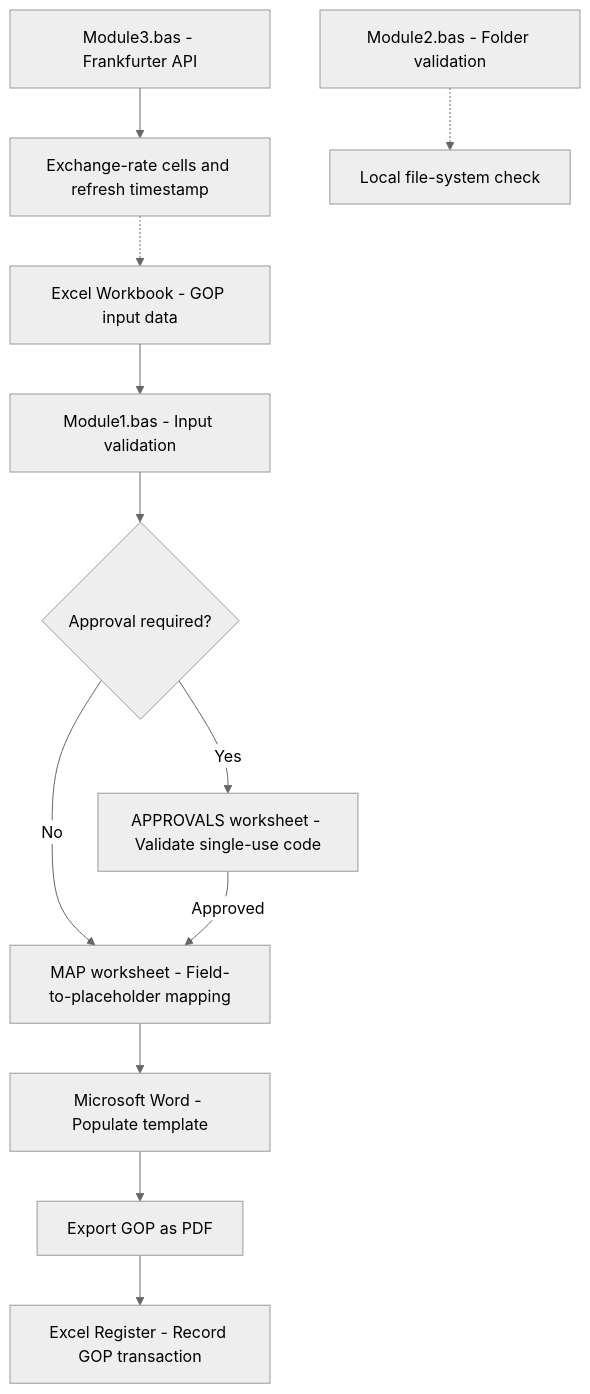
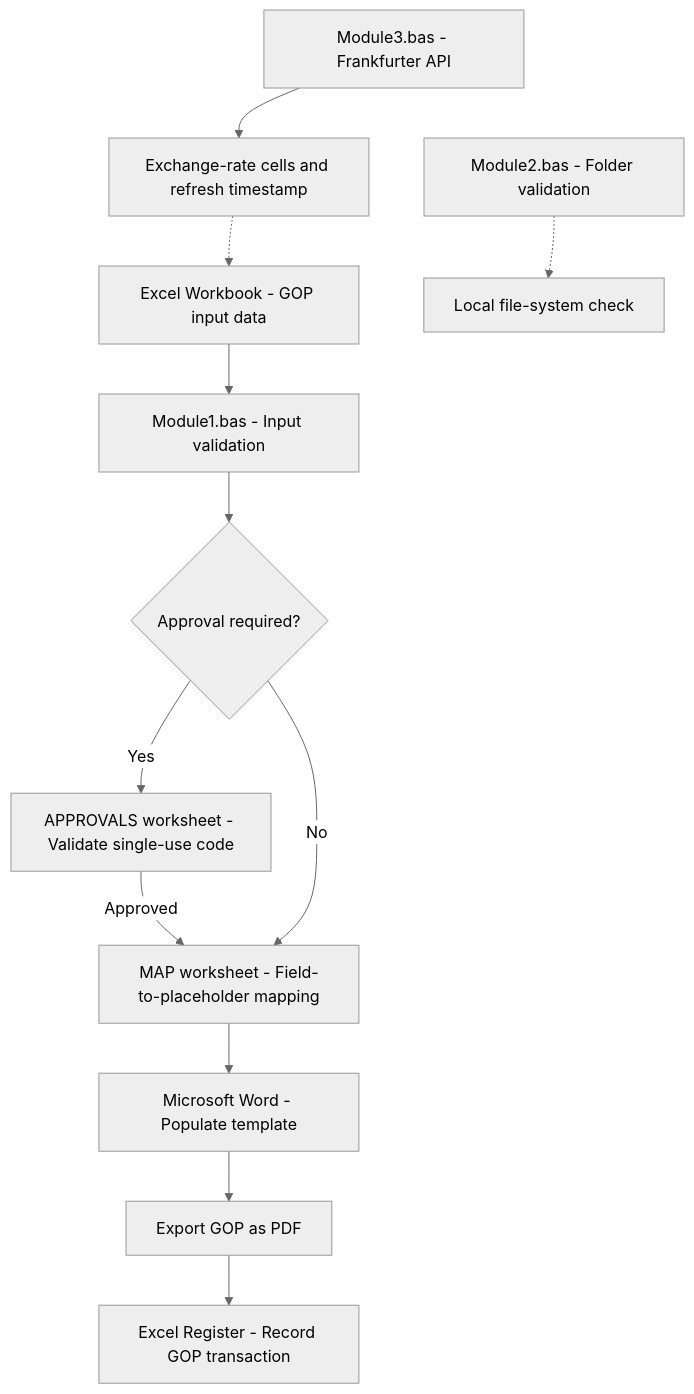
One commit to LebsLabs/GOP-Generator changed the diagram in docs/ARCHITECTURE.md. Above: the diagram before and after it, drawn with Mermaid (neutral theme).

Commit message:
Enhance architecture diagram with module connections

````diff
--- a/docs/ARCHITECTURE.md
+++ b/docs/ARCHITECTURE.md
@@ -25,16 +25,19 @@
 ```mermaid
 flowchart TD
     A["Excel Workbook - GOP input data"] --> B["Module1.bas - Input validation"]
     B --> C{"Approval required?"}
     C -->|Yes| D["APPROVALS worksheet - Validate single-use code"]
     C -->|No| E["MAP worksheet - Field-to-placeholder mapping"]
     D -->|Approved| E
     E --> F["Microsoft Word - Populate template"]
     F --> G["Export GOP as PDF"]
     G --> H["Excel Register - Record GOP transaction"]
 
     I["Module3.bas - Frankfurter API"] --> J["Exchange-rate cells and refresh timestamp"]
     J -.-> A
+    
+    K["Module2.bas - Folder validation"] -.-> L["Local file-system check"]
 
-    K["Module2.bas - Folder validation"] -.-> L["Local file-system check"]
+    I ~~~ K
+    J ~~~ L
 ```
````
